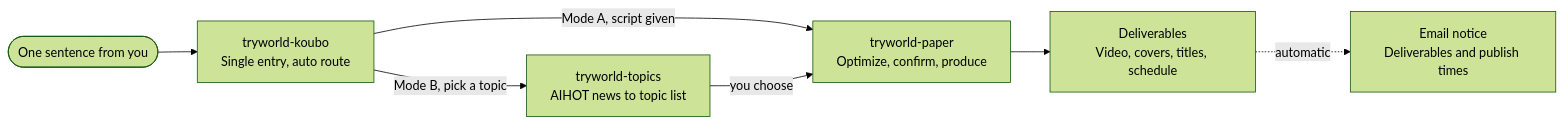
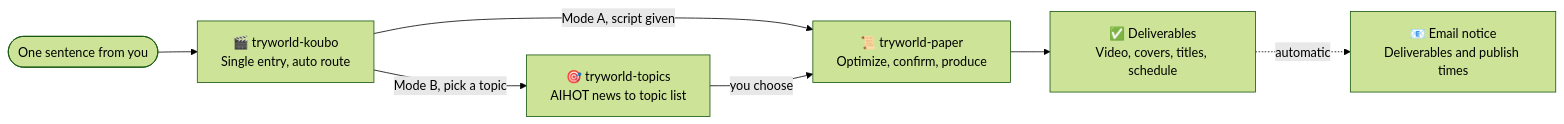
The diagram in README.md (TryWorld2026/paper-algorithm), drawn with Mermaid (forest theme) before and after one commit. The commit also changed 1 other file, not shown here.

Commit message:
恢复 README Mermaid 节点 emoji（真实浏览器渲染正常，此前为 headless 截图假象）

````diff
--- a/README.md
+++ b/README.md
@@ -143,9 +143,9 @@
 ```mermaid
 flowchart LR
-    U(["One sentence from you"]) --> P["tryworld-koubo<br/>Single entry, auto route"]
-    P -- "Mode A, script given" --> A["tryworld-paper<br/>Optimize, confirm, produce"]
-    P -- "Mode B, pick a topic" --> S["tryworld-topics<br/>AIHOT news to topic list"]
+    U(["One sentence from you"]) --> P["🎬 tryworld-koubo<br/>Single entry, auto route"]
+    P -- "Mode A, script given" --> A["📜 tryworld-paper<br/>Optimize, confirm, produce"]
+    P -- "Mode B, pick a topic" --> S["🎯 tryworld-topics<br/>AIHOT news to topic list"]
     S -- "you choose" --> A
-    A --> O["Deliverables<br/>Video, covers, titles, schedule"]
-    O -. automatic .-> M["Email notice<br/>Deliverables and publish times"]
+    A --> O["✅ Deliverables<br/>Video, covers, titles, schedule"]
+    O -. automatic .-> M["📧 Email notice<br/>Deliverables and publish times"]
 ```
````
